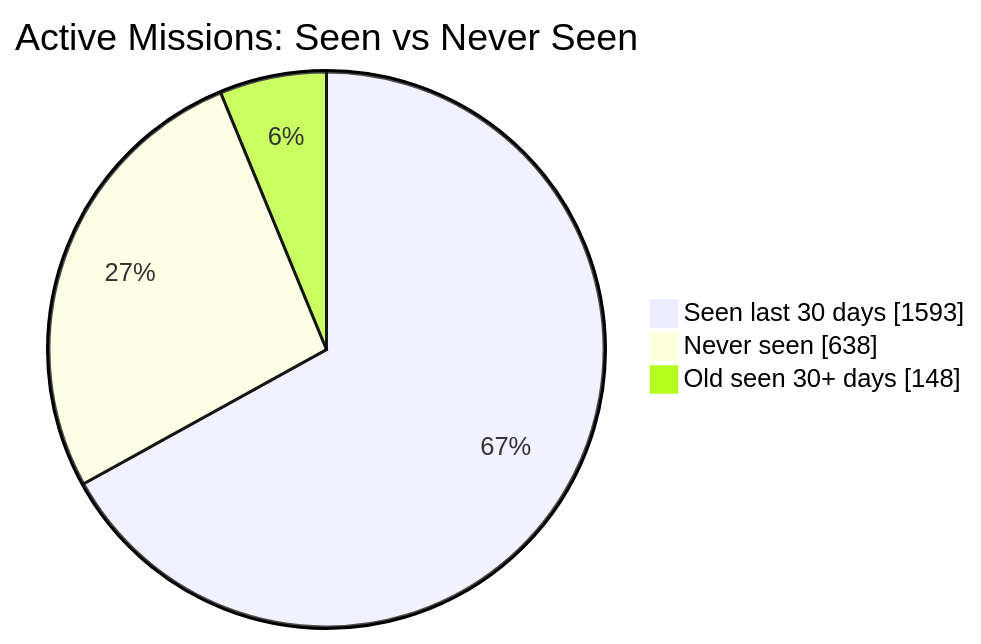
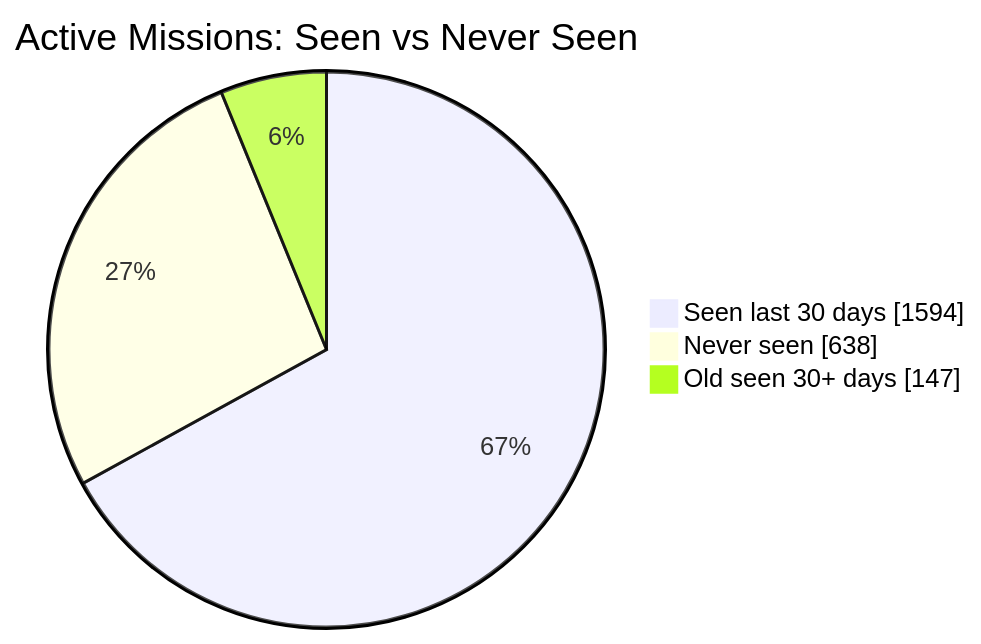
Before and after one commit to MeldkamerspelGameTeam/active-missions: the first of 2 diagrams in README.md, drawn with Mermaid. The commit also changed other lines of this file and 2 other files, not shown here.

````diff
--- a/README.md
+++ b/README.md
@@ -34,7 +34,7 @@
 ```mermaid
 pie showData
     title Active Missions: Seen vs Never Seen
-    "Seen last 30 days" : 1593
+    "Seen last 30 days" : 1594
     "Never seen" : 638
-    "Old seen 30+ days" : 148
+    "Old seen 30+ days" : 147
 ```
````
